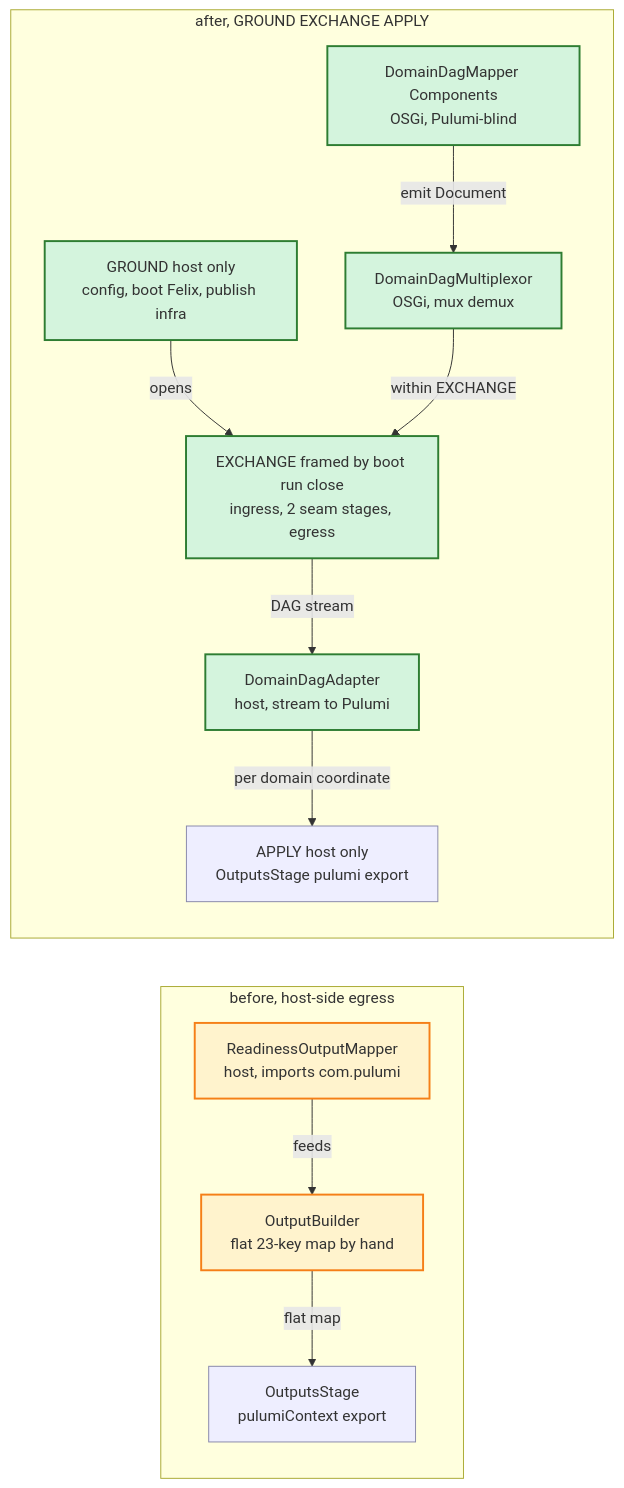
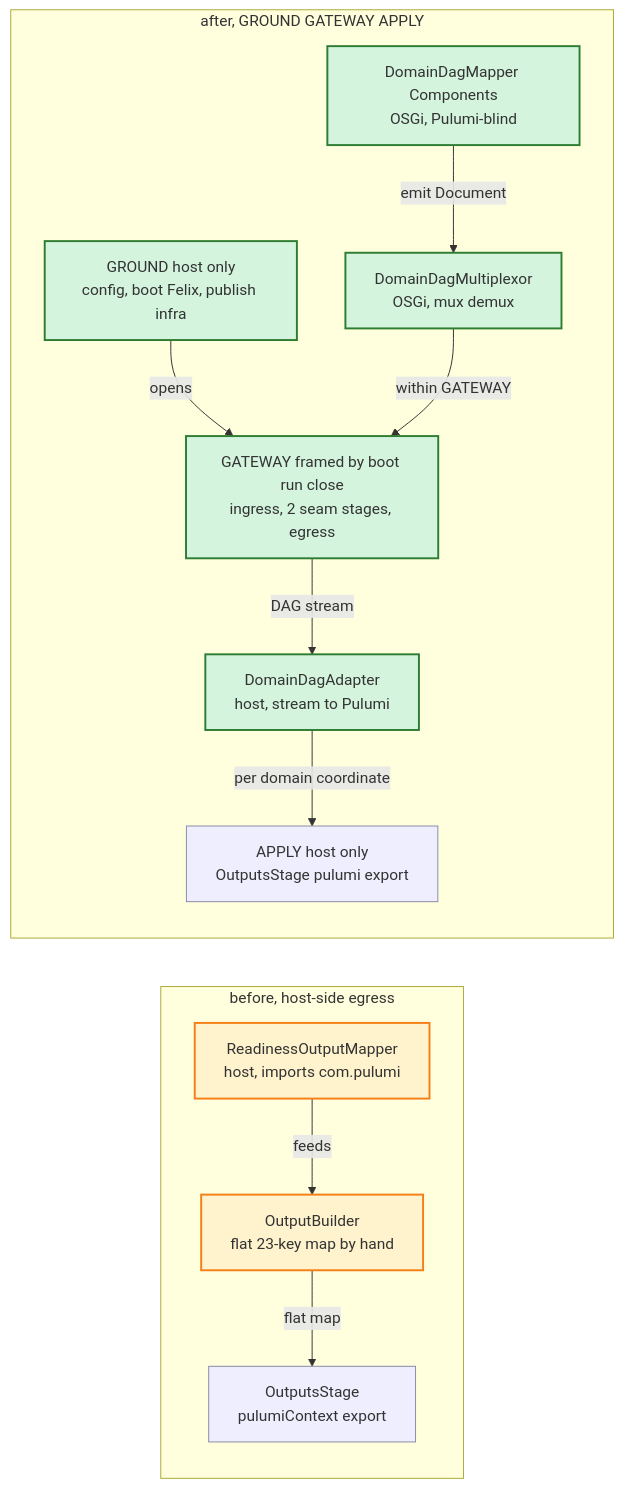
Before and after one commit to nxmatic/rke2lab: the eighth of 16 diagrams in docs/architecture/integration-atlas.adoc, drawn with Mermaid. The commit also changed other lines of this file and 66 other files, not shown here.

First line of the commit message:
refactor(world-gateway): rename "exchange" → "gateway" across the worktree

```diff
--- a/docs/architecture/integration-atlas.adoc
+++ b/docs/architecture/integration-atlas.adoc
@@ -618,32 +618,32 @@
 [mermaid]
 ....
 flowchart LR
     subgraph PB[before, host-side egress]
         p_map["ReadinessOutputMapper<br/>host, imports com.pulumi"]
         p_build["OutputBuilder<br/>flat 23-key map by hand"]
         p_out["OutputsStage<br/>pulumiContext export"]
         p_map -->|feeds| p_build
         p_build -->|flat map| p_out
     end
 
-    subgraph PA[after, GROUND EXCHANGE APPLY]
+    subgraph PA[after, GROUND GATEWAY APPLY]
         a_ground["GROUND host only<br/>config, boot Felix, publish infra"]
-        a_exch["EXCHANGE framed by boot run close<br/>ingress, 2 seam stages, egress"]
+        a_exch["GATEWAY framed by boot run close<br/>ingress, 2 seam stages, egress"]
         a_dm["DomainDagMapper Components<br/>OSGi, Pulumi-blind"]
         a_mux["DomainDagMultiplexor<br/>OSGi, mux demux"]
         a_adapter["DomainDagAdapter<br/>host, stream to Pulumi"]
         a_apply["APPLY host only<br/>OutputsStage pulumi export"]
         a_ground -->|opens| a_exch
         a_dm -->|emit Document| a_mux
-        a_mux -->|within EXCHANGE| a_exch
+        a_mux -->|within GATEWAY| a_exch
         a_exch -->|DAG stream| a_adapter
         a_adapter -->|per domain coordinate| a_apply
     end
 
     classDef built fill:#eef,stroke:#88a,stroke-width:1px;
     classDef new fill:#d4f4dd,stroke:#2e7d32,stroke-width:2px;
     classDef moved fill:#fff3cd,stroke:#f57f17,stroke-width:2px;
     class p_out,a_apply built;
     class a_dm,a_mux,a_adapter,a_ground,a_exch new;
     class p_map,p_build moved;
 ....
```
